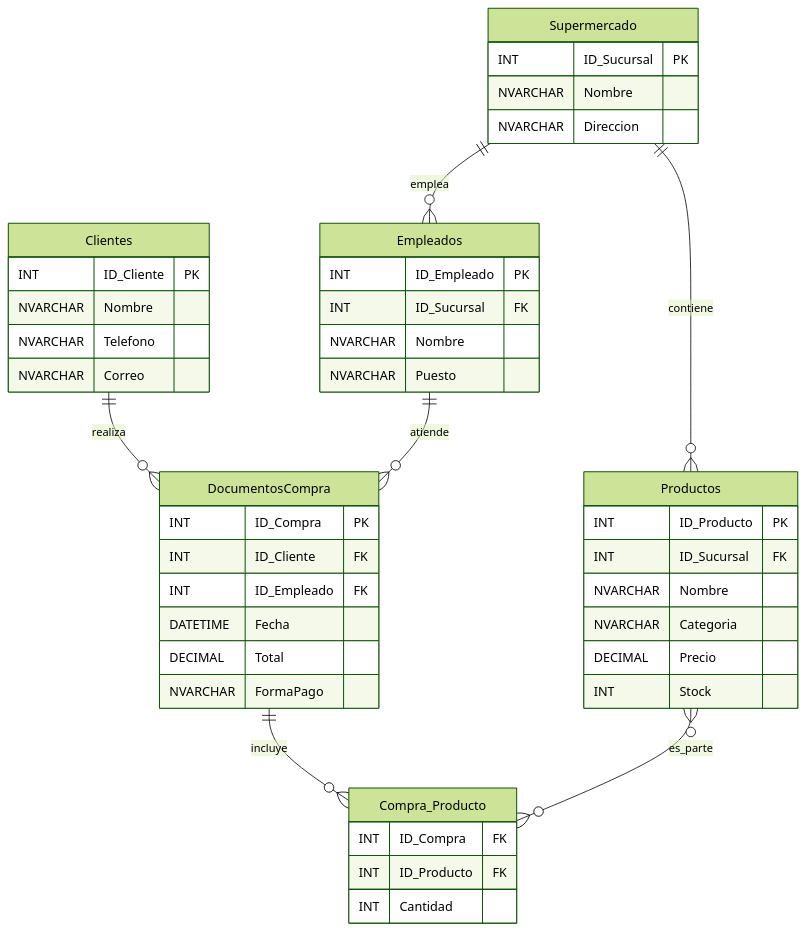
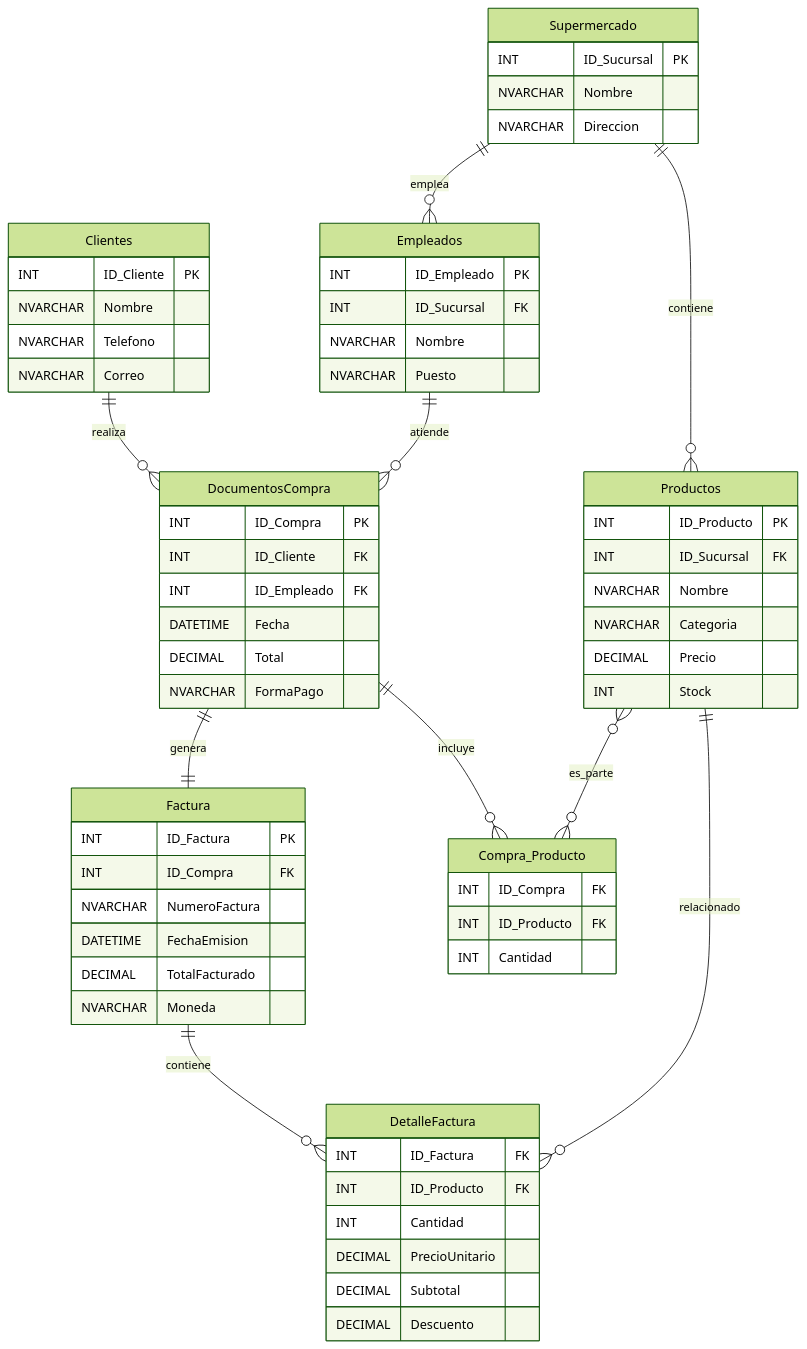
One commit to ElJoamy/Analisis-de-datos-SQL changed the diagram in Tareas/Session1/modelo_conceptual_logico.md. Above: the diagram before and after it, drawn with Mermaid (forest theme). The commit also changed other lines of this file, not shown here.

Commit message:
update moedlo ER

```diff
--- a/Tareas/Session1/modelo_conceptual_logico.md
+++ b/Tareas/Session1/modelo_conceptual_logico.md
@@ -113,53 +184,74 @@
 <div class="mermaid">
 erDiagram
     Supermercado {
         INT ID_Sucursal PK
         NVARCHAR Nombre
         NVARCHAR Direccion
     }
 
     Empleados {
         INT ID_Empleado PK
         INT ID_Sucursal FK
         NVARCHAR Nombre
         NVARCHAR Puesto
     }
 
     Clientes {
         INT ID_Cliente PK
         NVARCHAR Nombre
         NVARCHAR Telefono
         NVARCHAR Correo
     }
 
     Productos {
         INT ID_Producto PK
         INT ID_Sucursal FK
         NVARCHAR Nombre
         NVARCHAR Categoria
         DECIMAL Precio
         INT Stock
     }
 
     DocumentosCompra {
         INT ID_Compra PK
         INT ID_Cliente FK
         INT ID_Empleado FK
         DATETIME Fecha
         DECIMAL Total
         NVARCHAR FormaPago
     }
 
+    Factura {
+        INT ID_Factura PK
+        INT ID_Compra FK
+        NVARCHAR NumeroFactura
+        DATETIME FechaEmision
+        DECIMAL TotalFacturado
+        NVARCHAR Moneda
+    }
+
+    DetalleFactura {
+        INT ID_Factura FK
+        INT ID_Producto FK
+        INT Cantidad
+        DECIMAL PrecioUnitario
+        DECIMAL Subtotal
+        DECIMAL Descuento
+    }
+
     Compra_Producto {
         INT ID_Compra FK
         INT ID_Producto FK
         INT Cantidad
     }
 
     Supermercado ||--o{ Empleados : emplea
     Supermercado ||--o{ Productos : contiene
     Clientes ||--o{ DocumentosCompra : realiza
     DocumentosCompra ||--o{ Compra_Producto : incluye
     Productos }o--o{ Compra_Producto : es_parte
     Empleados ||--o{ DocumentosCompra : atiende
+    DocumentosCompra ||--|| Factura : genera
+    Factura ||--o{ DetalleFactura : contiene
+    Productos ||--o{ DetalleFactura : relacionado
 </div>
```
